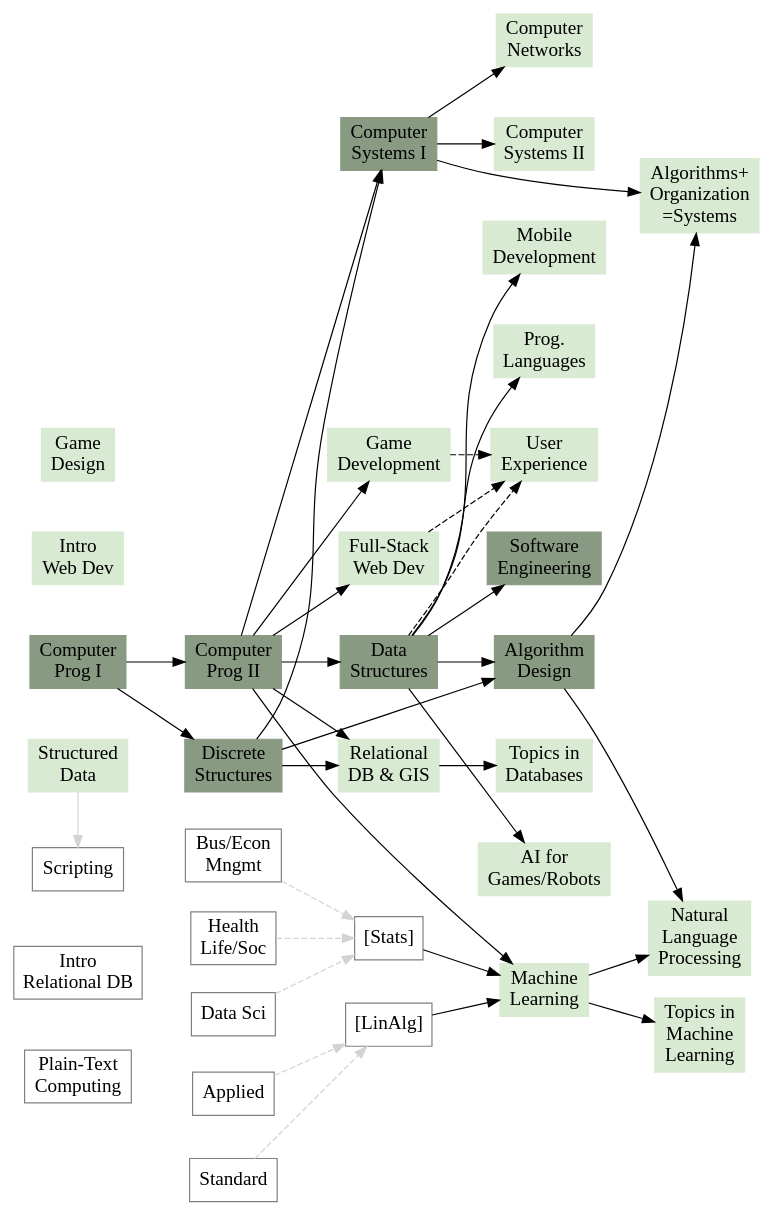
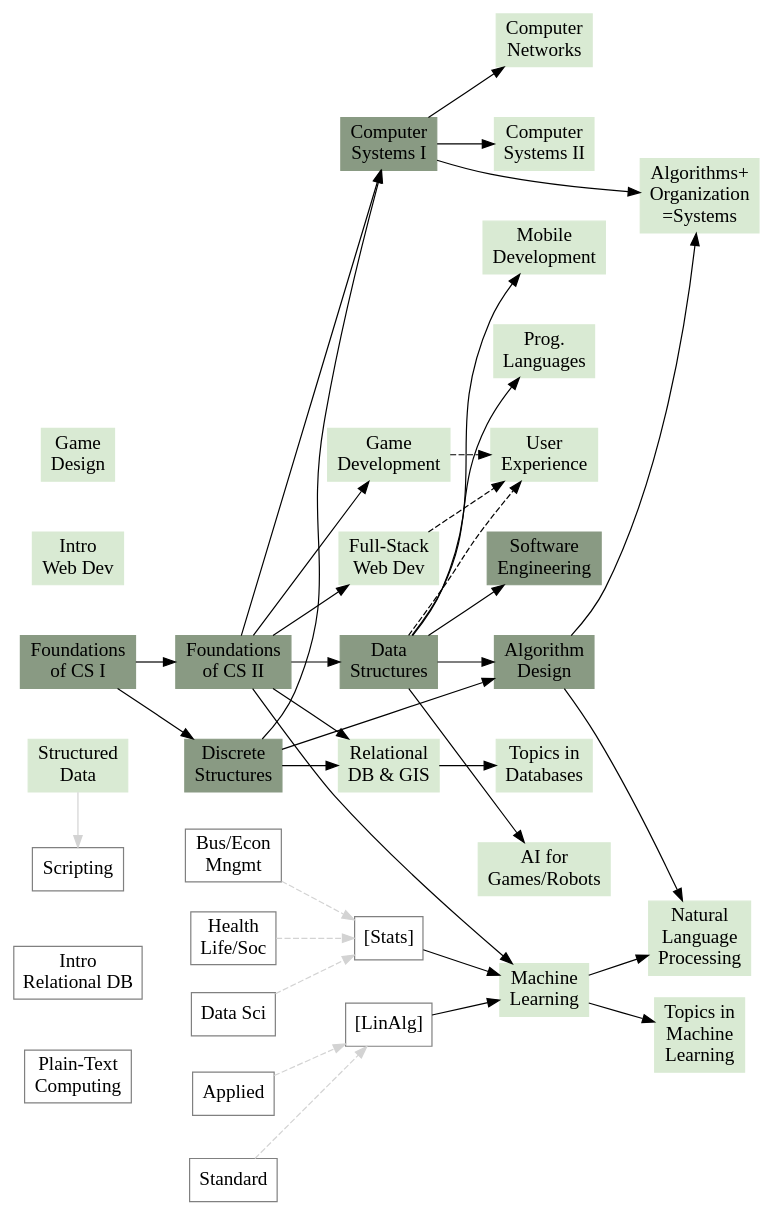
One commit to iccompsci/internal changed the diagram in assets/curriculum/lt.dot. Above: the diagram before and after it, drawn with Graphviz. The commit also changed 13 other files, not shown here.

Commit message:
Rename Foundations of CS courses in diagrams and interactive labels

```diff
--- a/assets/curriculum/lt.dot
+++ b/assets/curriculum/lt.dot
@@ -1,47 +1,47 @@
 digraph G {		
 graph[layout=neato]		
 		
 graph[margin=0]		
 graph[splines=true]		
 graph[fontname="Times"]		
 node[fontname="Times"]		
 node[fontsize="16"]		
 node [shape=box]		
 edge[fontname="Times"]		
 		
 IWD [label="Intro\nWeb Dev" pos="0,9.2!" color="#D9EAD3" style="filled"]		
 IGD [label="Game\nDesign" pos="0,10.4!" color="#D9EAD3" style="filled"]		
 WSD [label="Structured\nData" pos="0,6.8!" color="#D9EAD3" style="filled"]		
 SSS [label="Scripting" pos="0,5.6!" color="gray" style=""]	WSD -> SSS [color=lightgray style=solid]	
 WRD [label="Intro\nRelational DB" pos="0,4.4!" color="gray" style=""]		
 PTC [label="Plain-Text\nComputing" pos="0,3.2!" color="gray" style=""]		
-CS1 [label="Computer\nProg I" pos="0,8!" color="#899A83" style="filled"]		
-CS2 [label="Computer\nProg II" pos="1.8,8!" color="#899A83" style="filled"]	CS1 -> CS2 [color=black style=solid]	
+CS1 [label="Foundations\nof CS I" pos="0,8!" color="#899A83" style="filled"]		
+CS2 [label="Foundations\nof CS II" pos="1.8,8!" color="#899A83" style="filled"]	CS1 -> CS2 [color=black style=solid]	
 FSWD [label="Full-Stack\nWeb Dev" pos="3.6,9.2!" color="#D9EAD3" style="filled"]	CS2 -> FSWD [color=black style=solid]	
 GD [label="Game\nDevelopment" pos="3.6,10.4!" color="#D9EAD3" style="filled"]	CS2 -> GD [color=black style=solid]	
 Sys1 [label="Computer\nSystems I" pos="3.6,14!" color="#899A83" style="filled"]	CS2 -> Sys1 [color=black style=solid] DM -> Sys1 [color=black style=solid]	
 DM [label="Discrete\nStructures" pos="1.8,6.8!" color="#899A83" style="filled"]	CS1 -> DM [color=black style=solid]	
 DS [label="Data\nStructures" pos="3.6,8!" color="#899A83" style="filled"]	CS2 -> DS [color=black style=solid]	
 RDS [label="Relational\nDB & GIS" pos="3.6,6.8!" color="#D9EAD3" style="filled"]	CS2 -> RDS [color=black style=solid] DM -> RDS [color=black style=solid]	
 MD [label="Mobile\nDevelopment" pos="5.4,12.8!" color="#D9EAD3" style="filled"]	DS -> MD [color=black style=solid]	
 Sys2 [label="Computer\nSystems II" pos="5.4,14!" color="#D9EAD3" style="filled"]	Sys1 -> Sys2 [color=black style=solid]	
 Alg [label="Algorithm\nDesign" pos="5.4,8!" color="#899A83" style="filled"]	DM -> Alg [color=black style=solid] DS -> Alg [color=black style=solid]	
 PL [label="Prog.\nLanguages" pos="5.4,11.6!" color="#D9EAD3" style="filled"]	DS -> PL [color=black style=solid]	
 HCI [label="User\nExperience" pos="5.4,10.4!" color="#D9EAD3" style="filled"]		FSWD -> HCI [color=black style=dashed] GD -> HCI [color=black style=dashed] DS -> HCI [color=black style=dashed]
 SE [label="Software\nEngineering" pos="5.4,9.2!" color="#899A83" style="filled"]	DS -> SE [color=black style=solid]	
 ML [label="Machine\nLearning" pos="5.4,4.2!" color="#D9EAD3" style="filled"]	CS2 -> ML [color=black style=solid] Stats -> ML [color=black style=solid] LA -> ML [color=black style=solid]	
 AIGR [label="AI for\nGames/Robots" pos="5.4,5.6!" color="#D9EAD3" style="filled"]	DS -> AIGR [color=black style=solid]	
 CN [label="Computer\nNetworks" pos="5.4,15.2!" color="#D9EAD3" style="filled"]	Sys1 -> CN [color=black style=solid]	
 DB [label="Topics in\nDatabases" pos="5.4,6.8!" color="#D9EAD3" style="filled"]	RDS -> DB [color=black style=solid]	
 AOS [label="Algorithms+\nOrganization\n=Systems" pos="7.2,13.4!" color="#D9EAD3" style="filled"]	Sys1 -> AOS [color=black style=solid] Alg -> AOS [color=black style=solid]	
 TML [label="Topics in\nMachine\nLearning" pos="7.2,3.68!" color="#D9EAD3" style="filled"]	ML -> TML [color=black style=solid]	
 NLP [label="Natural\nLanguage\nProcessing" pos="7.2,4.8!" color="#D9EAD3" style="filled"]	ML -> NLP [color=black style=solid] Alg -> NLP [color=black style=solid]	
 StatBEM [label="Bus/Econ\nMngmt" pos="1.8,5.76!" color="gray" style=""]		
 StatsHLSS [label="Health\nLife/Soc" pos="1.8,4.8!" color="gray" style=""]		
 StatDS [label="Data Sci" pos="1.8,3.92!" color="gray" style=""]		
 Stats [label="[Stats]" pos="3.6,4.8!" color="gray" style=""]		StatBEM -> Stats [color=lightgray style=dashed] StatsHLSS -> Stats [color=lightgray style=dashed] StatDS -> Stats [color=lightgray style=dashed]
 AppLA [label="Applied" pos="1.8,3!" color="gray" style=""]		
 NormLA [label="Standard" pos="1.8,2!" color="gray" style=""]		
 LA [label="[LinAlg]" pos="3.6,3.8!" color="gray" style=""]		AppLA -> LA [color=lightgray style=dashed] NormLA -> LA [color=lightgray style=dashed]
 		
 }		
```
